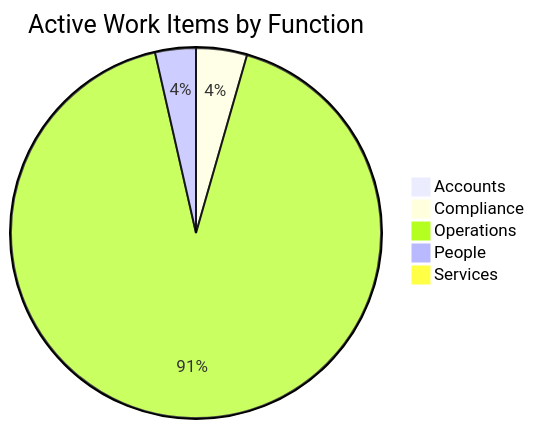
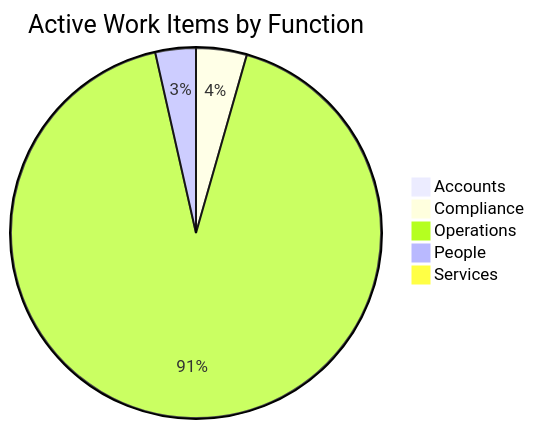
One commit to mgosal/5et.uk changed the first of 3 diagrams in dashboard.md. Above: the diagram before and after it, drawn with Mermaid. The commit also changed other lines of this file and 3 other files, not shown here.

````diff
--- a/dashboard.md
+++ b/dashboard.md
@@ -287,8 +462,8 @@
 ```mermaid
 pie title Active Work Items by Function
     "Accounts" : 2
     "Compliance" : 10
-    "Operations" : 207
+    "Operations" : 208
     "People" : 8
     "Services" : 1
 ```
````
